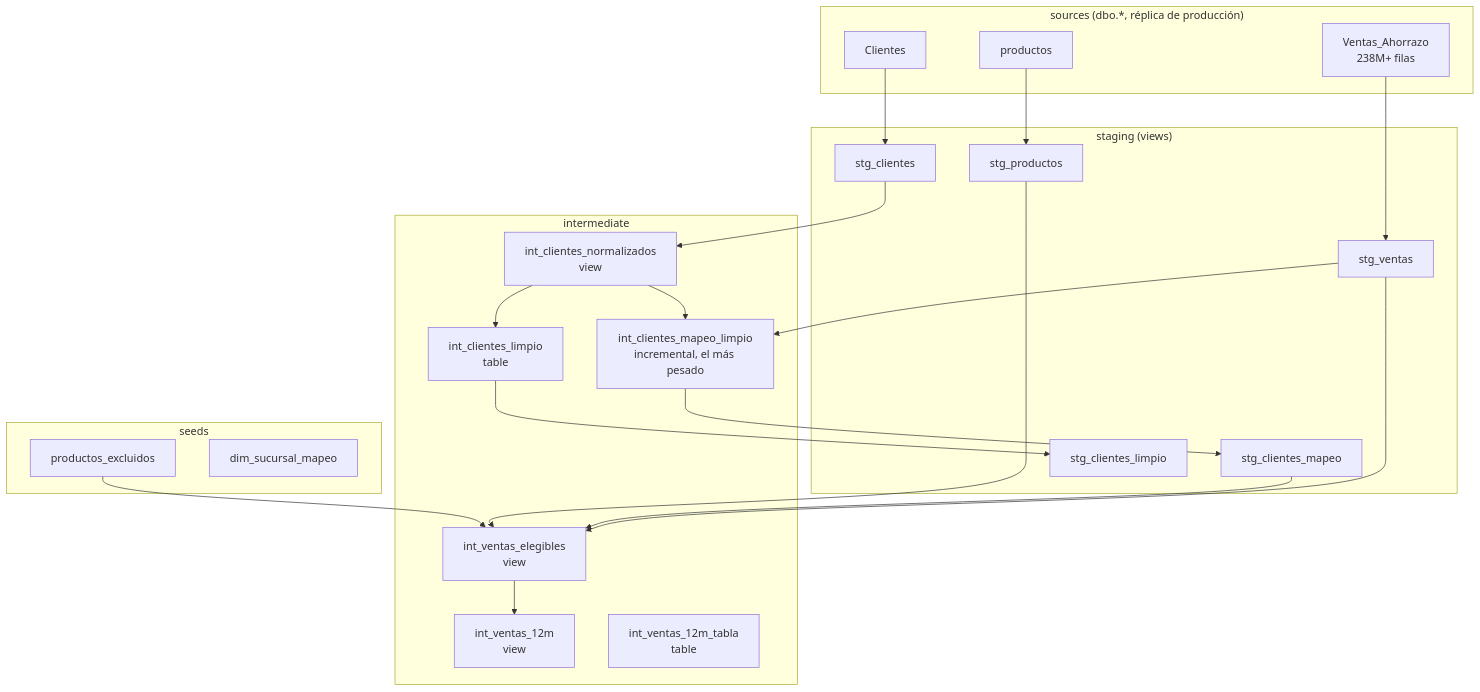
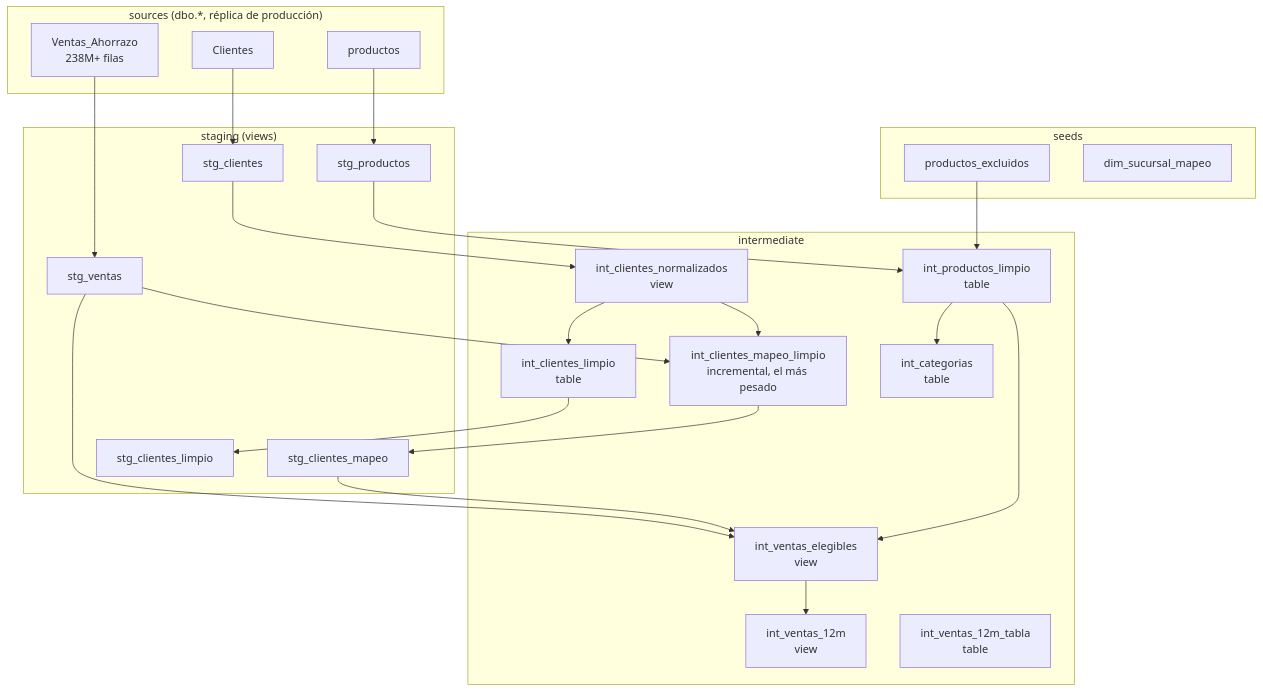
One commit to adrian-dato/dbt-ahorrazo changed the first of 5 diagrams in ARQUITECTURA.md. Above: the diagram before and after it, drawn with Mermaid. The commit also changed other lines of this file and 6 other files, not shown here.

````diff
--- a/ARQUITECTURA.md
+++ b/ARQUITECTURA.md
@@ -96,48 +96,53 @@
 ```mermaid
 graph TD
     subgraph SRC["sources (dbo.*, réplica de producción)"]
         SRC_VENTAS[Ventas_Ahorrazo<br/>238M+ filas]
         SRC_PROD[productos]
         SRC_CLI[Clientes]
     end
 
     subgraph SEEDS["seeds"]
         SEED_EXCL[productos_excluidos]
         SEED_SUC[dim_sucursal_mapeo]
     end
 
     subgraph STG["staging (views)"]
         STG_VENTAS[stg_ventas]
         STG_PROD[stg_productos]
         STG_CLI[stg_clientes]
         STG_MAPEO[stg_clientes_mapeo]
         STG_LIMPIO[stg_clientes_limpio]
     end
 
     subgraph INT["intermediate"]
         INT_NORM[int_clientes_normalizados<br/>view]
         INT_MAPEO[int_clientes_mapeo_limpio<br/>incremental, el más pesado]
         INT_LIMPIO[int_clientes_limpio<br/>table]
+        INT_PROD[int_productos_limpio<br/>table]
+        INT_CAT[int_categorias<br/>table]
         INT_ELEG[int_ventas_elegibles<br/>view]
         INT_12M[int_ventas_12m<br/>view]
         INT_12M_T[int_ventas_12m_tabla<br/>table]
     end
 
     SRC_VENTAS --> STG_VENTAS
     SRC_PROD --> STG_PROD
     SRC_CLI --> STG_CLI
 
     STG_CLI --> INT_NORM
     INT_NORM --> INT_MAPEO
     STG_VENTAS --> INT_MAPEO
     INT_NORM --> INT_LIMPIO
     INT_MAPEO --> STG_MAPEO
     INT_LIMPIO --> STG_LIMPIO
 
+    STG_PROD --> INT_PROD
+    SEED_EXCL --> INT_PROD
+    INT_PROD --> INT_CAT
+
     STG_VENTAS --> INT_ELEG
     STG_MAPEO --> INT_ELEG
-    STG_PROD --> INT_ELEG
-    SEED_EXCL --> INT_ELEG
+    INT_PROD --> INT_ELEG
 
     INT_ELEG --> INT_12M
 ```
````
